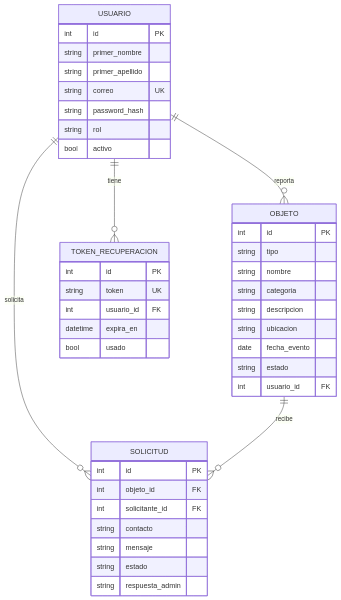
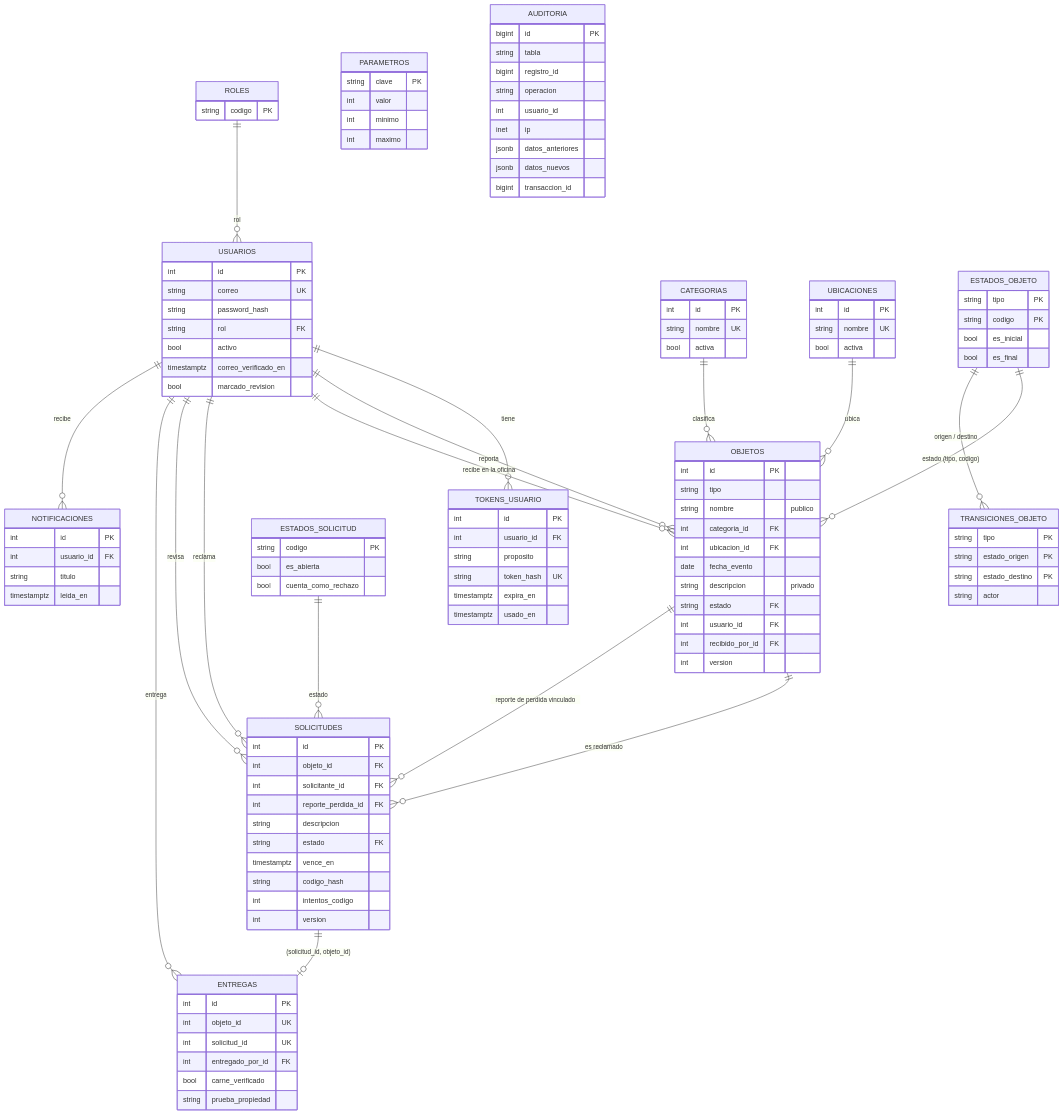
The first of 5 diagrams in docs/DIAGRAMAS.md (sebastquintero1312/EncuentraU), drawn with Mermaid before and after one commit. The commit also changed other lines of this file and 44 other files, not shown here.

````diff
--- a/docs/DIAGRAMAS.md
+++ b/docs/DIAGRAMAS.md
@@ -7,44 +7,123 @@
 ```mermaid
 erDiagram
-    USUARIO ||--o{ OBJETO : "reporta"
-    USUARIO ||--o{ SOLICITUD : "solicita"
-    USUARIO ||--o{ TOKEN_RECUPERACION : "tiene"
-    OBJETO ||--o{ SOLICITUD : "recibe"
+    ROLES ||--o{ USUARIOS : "rol"
+    USUARIOS ||--o{ TOKENS_USUARIO : "tiene"
+    USUARIOS ||--o{ OBJETOS : "reporta"
+    USUARIOS ||--o{ OBJETOS : "recibe en la oficina"
+    USUARIOS ||--o{ SOLICITUDES : "reclama"
+    USUARIOS ||--o{ SOLICITUDES : "revisa"
+    USUARIOS ||--o{ ENTREGAS : "entrega"
+    USUARIOS ||--o{ NOTIFICACIONES : "recibe"
+    CATEGORIAS ||--o{ OBJETOS : "clasifica"
+    UBICACIONES ||--o{ OBJETOS : "ubica"
+    ESTADOS_OBJETO ||--o{ OBJETOS : "estado (tipo, codigo)"
+    ESTADOS_OBJETO ||--o{ TRANSICIONES_OBJETO : "origen / destino"
+    OBJETOS ||--o{ SOLICITUDES : "es reclamado"
+    OBJETOS ||--o{ SOLICITUDES : "reporte de perdida vinculado"
+    ESTADOS_SOLICITUD ||--o{ SOLICITUDES : "estado"
+    SOLICITUDES ||--o| ENTREGAS : "(solicitud_id, objeto_id)"
 
-    USUARIO {
+    ROLES {
+        string codigo PK
+    }
+    USUARIOS {
         int id PK
-        string primer_nombre
-        string primer_apellido
         string correo UK
         string password_hash
-        string rol
+        string rol FK
         bool activo
+        timestamptz correo_verificado_en
+        bool marcado_revision
     }
-    TOKEN_RECUPERACION {
+    TOKENS_USUARIO {
         int id PK
-        string token UK
         int usuario_id FK
-        datetime expira_en
-        bool usado
+        string proposito
+        string token_hash UK
+        timestamptz expira_en
+        timestamptz usado_en
     }
-    OBJETO {
+    CATEGORIAS {
+        int id PK
+        string nombre UK
+        bool activa
+    }
+    UBICACIONES {
+        int id PK
+        string nombre UK
+        bool activa
+    }
+    ESTADOS_OBJETO {
+        string tipo PK
+        string codigo PK
+        bool es_inicial
+        bool es_final
+    }
+    TRANSICIONES_OBJETO {
+        string tipo PK
+        string estado_origen PK
+        string estado_destino PK
+        string actor
+    }
+    OBJETOS {
         int id PK
         string tipo
-        string nombre
-        string categoria
-        string descripcion
-        string ubicacion
+        string nombre "publico"
+        int categoria_id FK
+        int ubicacion_id FK
         date fecha_evento
-        string estado
+        string descripcion "privado"
+        string estado FK
         int usuario_id FK
+        int recibido_por_id FK
+        int version
     }
-    SOLICITUD {
+    ESTADOS_SOLICITUD {
+        string codigo PK
+        bool es_abierta
+        bool cuenta_como_rechazo
+    }
+    SOLICITUDES {
         int id PK
         int objeto_id FK
         int solicitante_id FK
-        string contacto
-        string mensaje
-        string estado
-        string respuesta_admin
+        int reporte_perdida_id FK
+        string descripcion
+        string estado FK
+        timestamptz vence_en
+        string codigo_hash
+        int intentos_codigo
+        int version
+    }
+    ENTREGAS {
+        int id PK
+        int objeto_id UK
+        int solicitud_id UK
+        int entregado_por_id FK
+        bool carne_verificado
+        string prueba_propiedad
+    }
+    NOTIFICACIONES {
+        int id PK
+        int usuario_id FK
+        string titulo
+        timestamptz leida_en
+    }
+    PARAMETROS {
+        string clave PK
+        int valor
+        int minimo
+        int maximo
+    }
+    AUDITORIA {
+        bigint id PK
+        string tabla
+        bigint registro_id
+        string operacion
+        int usuario_id
+        inet ip
+        jsonb datos_anteriores
+        jsonb datos_nuevos
+        bigint transaccion_id
     }
 ```
````
